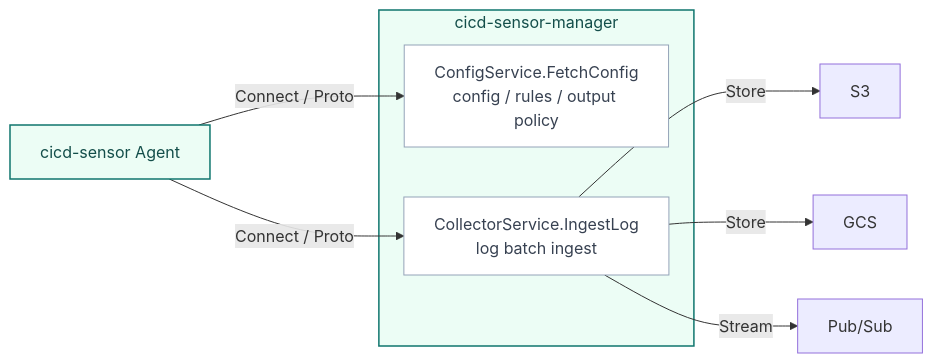
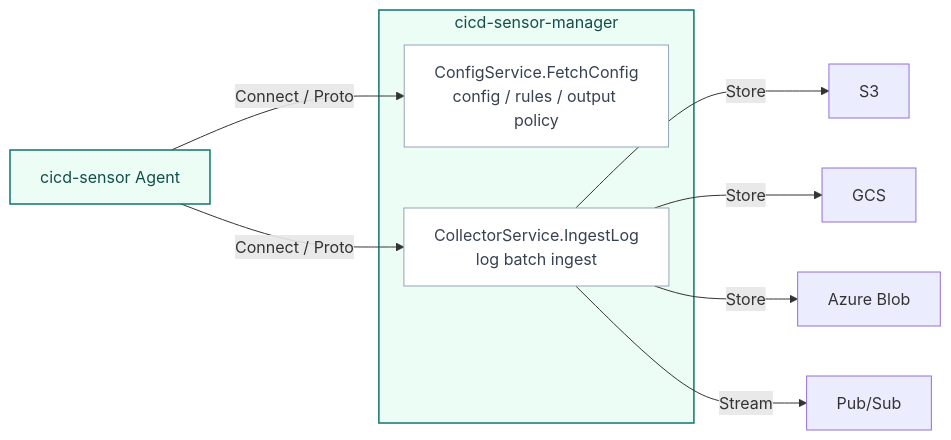
Before and after one commit to cicd-sensor/cicd-sensor: the diagram in docs/developer-guide/manager.md, drawn with Mermaid. The commit also changed other lines of this file and 747 other files, not shown here.

First line of the commit message:
feat(manager): add Azure Blob Storage sink (#193)

````diff
--- a/docs/developer-guide/manager.md
+++ b/docs/developer-guide/manager.md
@@ -10,26 +10,28 @@
 ```mermaid
 flowchart LR
     AGENT["cicd-sensor Agent"]
 
     subgraph MANAGER["cicd-sensor-manager"]
         CONFIG["ConfigService.FetchConfig<br/>config / rules / output policy"]
         COLLECTOR["CollectorService.IngestLog<br/>log batch ingest"]
     end
 
     S3["S3"]
     GCS["GCS"]
+    AZURE["Azure Blob"]
     PUBSUB["Pub/Sub"]
 
     AGENT -->|"Connect / Proto"| CONFIG
     AGENT -->|"Connect / Proto"| COLLECTOR
     COLLECTOR -->|"Store"| S3
     COLLECTOR -->|"Store"| GCS
+    COLLECTOR -->|"Store"| AZURE
     COLLECTOR -->|"Stream"| PUBSUB
 
     classDef cicdSensor fill:#ecfdf5,stroke:#0f766e,color:#134e4a,stroke-width:1.5px;
     classDef managerFrame fill:#ecfdf5,stroke:#0f766e,color:#134e4a,stroke-width:1.5px;
     classDef service fill:#ffffff,stroke:#94a3b8,color:#374151,stroke-width:1px;
     class AGENT cicdSensor
     class MANAGER managerFrame
     class CONFIG,COLLECTOR service
 ```
````
